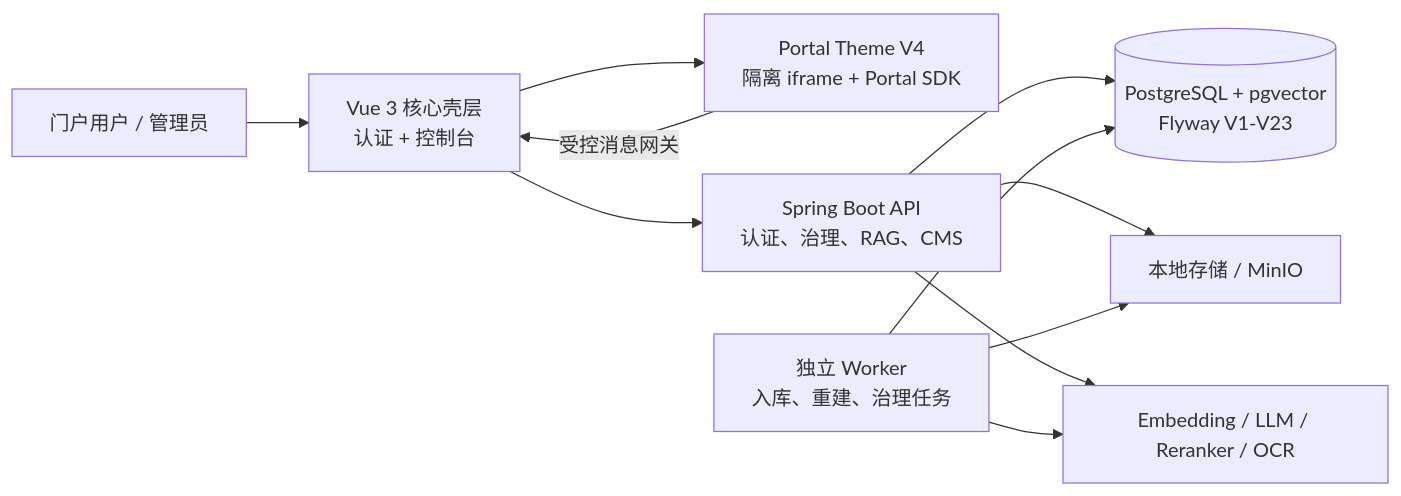
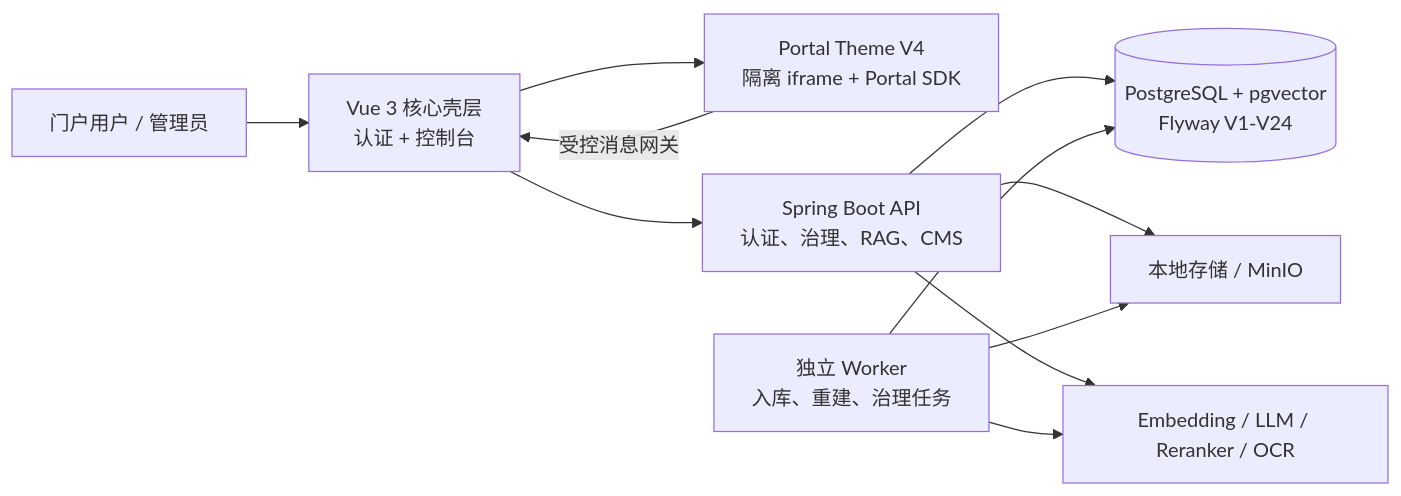
One commit to alexfengfeng26/KMA-Mini changed the first of 2 diagrams in README.md. Above: the diagram before and after it, drawn with Mermaid. The commit also changed other lines of this file and 87 other files, not shown here.

````diff
--- a/README.md
+++ b/README.md
@@ -21,13 +21,13 @@
 ```mermaid
 flowchart LR
   U[门户用户 / 管理员] --> FE[Vue 3 核心壳层\n认证 + 控制台]
   FE --> TK[Portal Theme V4\n隔离 iframe + Portal SDK]
   FE --> API[Spring Boot API\n认证、治理、RAG、CMS]
   TK -->|受控消息网关| FE
-  API --> DB[(PostgreSQL + pgvector\nFlyway V1-V23)]
+  API --> DB[(PostgreSQL + pgvector\nFlyway V1-V24)]
   API --> ST[本地存储 / MinIO]
   API --> MOD[Embedding / LLM / Reranker / OCR]
   WK[独立 Worker\n入库、重建、治理任务] --> DB
   WK --> ST
   WK --> MOD
 ```
````
